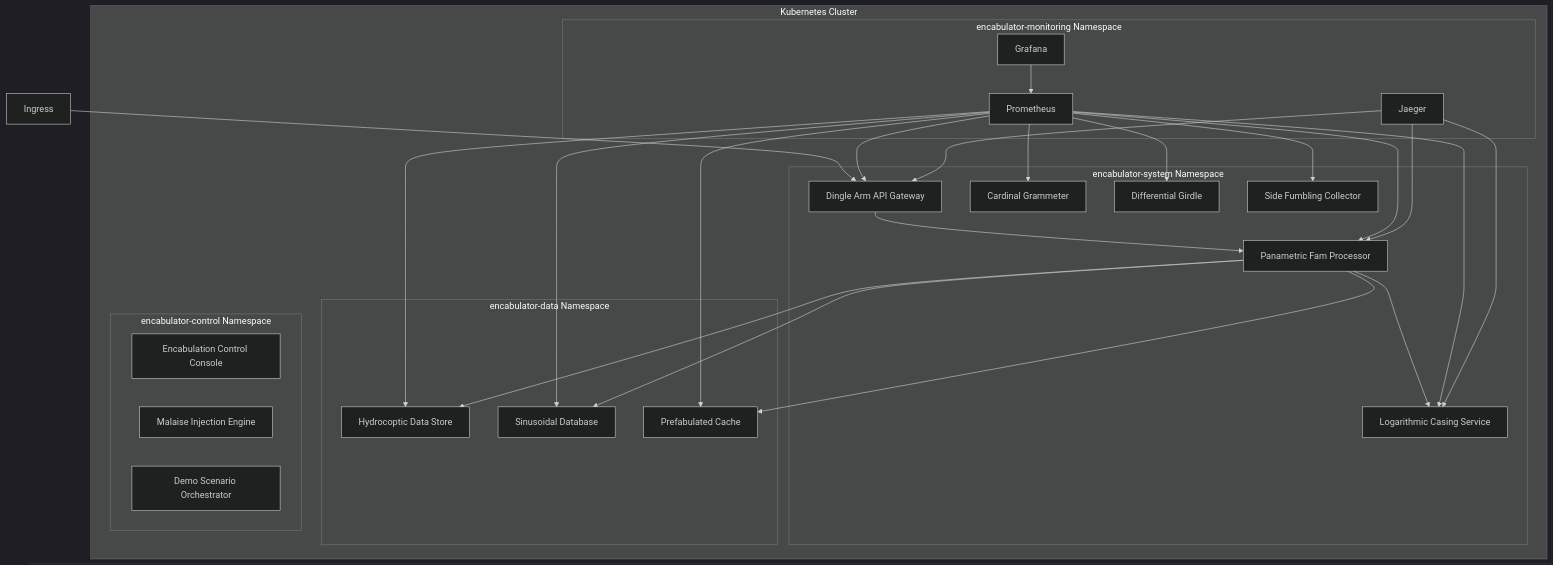
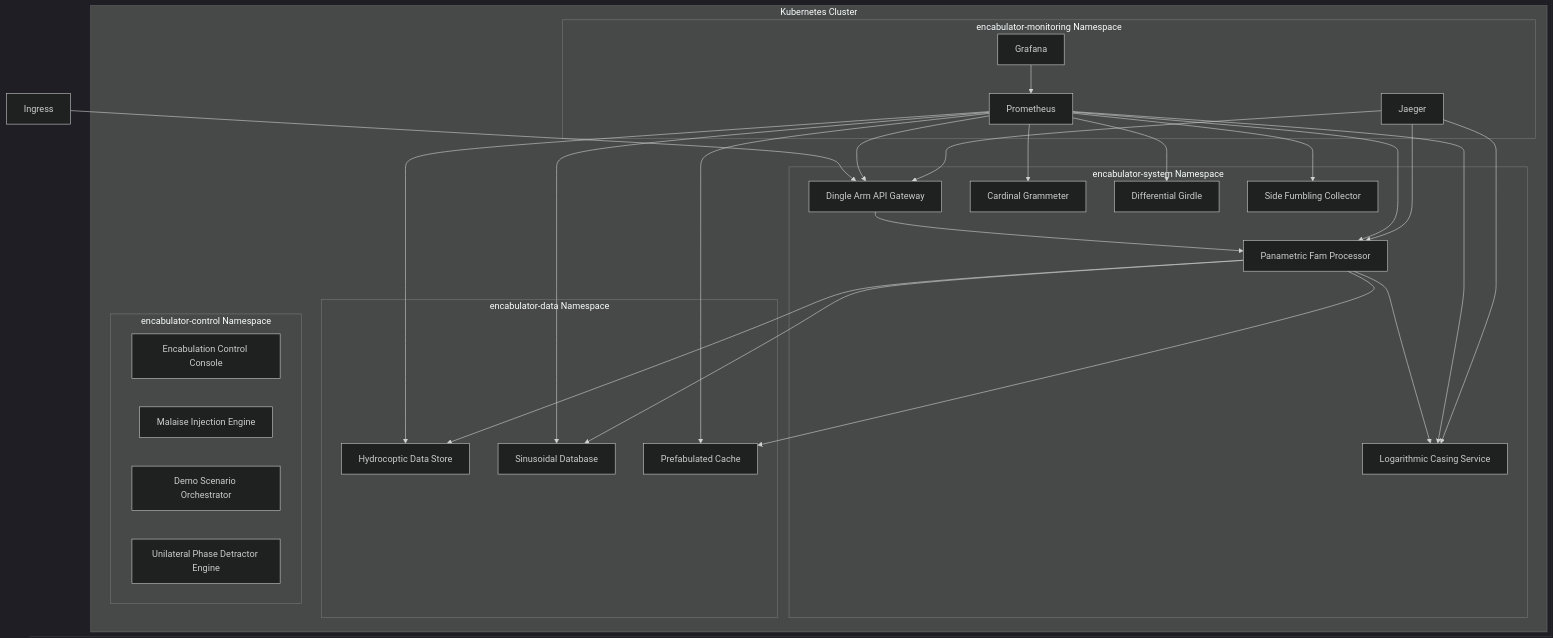
Before and after one commit to cloud-native-encabulator/encabulator: the second of 3 diagrams in .kiro/specs/cloud-native-encabulator-microservices/design.md, drawn with Mermaid (dark theme). The commit also changed other lines of this file and 2 other files, not shown here.

Commit message:
define formal traffic engine in specs

````diff
--- a/.kiro/specs/cloud-native-encabulator-microservices/design.md
+++ b/.kiro/specs/cloud-native-encabulator-microservices/design.md
@@ -97,53 +101,54 @@
 ```mermaid
 graph TD
     subgraph "Kubernetes Cluster"
         subgraph "encabulator-system Namespace"
             Gateway[Dingle Arm API Gateway]
             Processor[Panametric Fam Processor]
             MessageBroker[Logarithmic Casing Service]
             Auth[Cardinal Grammeter]
             Config[Differential Girdle]
             ResourceMgr[Side Fumbling Collector]
         end
 
         subgraph "encabulator-data Namespace"
             PrimaryDB[Hydrocoptic Data Store]
             TimeSeriesDB[Sinusoidal Database]
             Cache[Prefabulated Cache]
         end
 
         subgraph "encabulator-monitoring Namespace"
             Prometheus[Prometheus]
             Grafana[Grafana]
             Jaeger[Jaeger]
         end
 
         subgraph "encabulator-control Namespace"
             ControlConsole[Encabulation Control Console]
             ChaosEngine[Malaise Injection Engine]
             DemoOrchestrator[Demo Scenario Orchestrator]
+            TrafficEngine[Unilateral Phase Detractor Engine]
         end
     end
 
     Ingress --> Gateway
     Gateway --> Processor
     Processor --> PrimaryDB
     Processor --> TimeSeriesDB
     Processor --> Cache
     Processor --> MessageBroker
 
     Prometheus --> Gateway
     Prometheus --> Processor
     Prometheus --> MessageBroker
     Prometheus --> PrimaryDB
     Prometheus --> TimeSeriesDB
     Prometheus --> Cache
     Prometheus --> Auth
     Prometheus --> Config
     Prometheus --> ResourceMgr
 
     Grafana --> Prometheus
     Jaeger --> Gateway
     Jaeger --> Processor
     Jaeger --> MessageBroker
 ```
````
